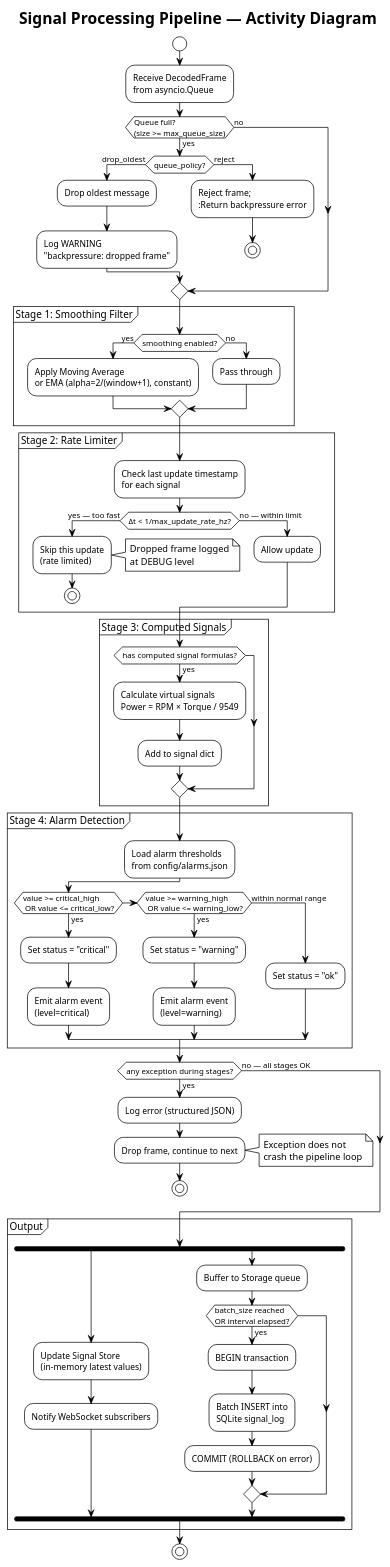
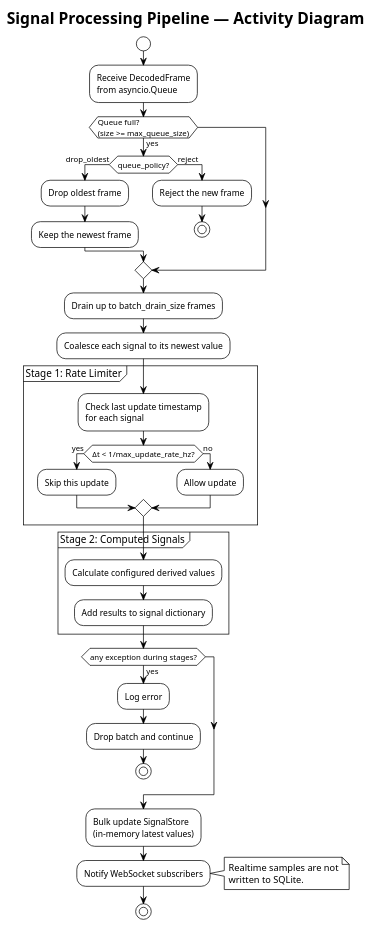
Before and after one commit to 3tdn/car-hmi: the diagram in diagram/08_activity_pipeline.puml, drawn with PlantUML. The commit also changed 58 other files, not shown here.

```diff
--- a/diagram/08_activity_pipeline.puml
+++ b/diagram/08_activity_pipeline.puml
@@ -1,83 +1,52 @@
 @startuml Activity - Signal Processing Pipeline
 !theme plain
 title Signal Processing Pipeline — Activity Diagram
 
 start
 
 :Receive DecodedFrame\nfrom asyncio.Queue;
 
 if (Queue full?\n(size >= max_queue_size)) then (yes)
     if (queue_policy?) then (drop_oldest)
-        :Drop oldest message;
-        :Log WARNING\n"backpressure: dropped frame";
+        :Drop oldest frame;
+        :Keep the newest frame;
     else (reject)
-        :Reject frame;\n:Return backpressure error;
+        :Reject the new frame;
         stop
     endif
-else (no)
 endif
 
-partition "Stage 1: Smoothing Filter" {
-    if (smoothing enabled?) then (yes)
-        :Apply Moving Average\nor EMA (alpha=2/(window+1), constant);
+:Drain up to batch_drain_size frames;
+:Coalesce each signal to its newest value;
+
+partition "Stage 1: Rate Limiter" {
+    :Check last update timestamp\nfor each signal;
+    if (Δt < 1/max_update_rate_hz?) then (yes)
+        :Skip this update;
     else (no)
-        :Pass through;
-    endif
-}
-
-partition "Stage 2: Rate Limiter" {
-    :Check last update timestamp\nfor each signal;
-    if (Δt < 1/max_update_rate_hz?) then (yes — too fast)
-        :Skip this update\n(rate limited);
-        note right: Dropped frame logged\nat DEBUG level
-        stop
-    else (no — within limit)
         :Allow update;
     endif
 }
 
-partition "Stage 3: Computed Signals" {
-    if (has computed signal formulas?) then (yes)
-        :Calculate virtual signals\nPower = RPM × Torque / 9549;
-        :Add to signal dict;
-    endif
-}
-
-partition "Stage 4: Alarm Detection" {
-    :Load alarm thresholds\nfrom config/alarms.json;
-    if (value >= critical_high\n OR value <= critical_low?) then (yes)
-        :Set status = "critical";
-        :Emit alarm event\n(level=critical);
-    elseif (value >= warning_high\n OR value <= warning_low?) then (yes)
-        :Set status = "warning";
-        :Emit alarm event\n(level=warning);
-    else (within normal range)
-        :Set status = "ok";
-    endif
+partition "Stage 2: Computed Signals" {
+    :Calculate configured derived values;
+    :Add results to signal dictionary;
 }
 
 if (any exception during stages?) then (yes)
-    :Log error (structured JSON);
-    :Drop frame, continue to next;
-    note right: Exception does not\ncrash the pipeline loop
+    :Log error;
+    :Drop batch and continue;
     stop
-else (no — all stages OK)
 endif
 
-partition "Output" {
-    fork
-        :Update Signal Store\n(in-memory latest values);
-        :Notify WebSocket subscribers;
-    fork again
-        :Buffer to Storage queue;
-        if (batch_size reached\nOR interval elapsed?) then (yes)
-            :BEGIN transaction;
-            :Batch INSERT into\nSQLite signal_log;
-            :COMMIT (ROLLBACK on error);
-        endif
-    end fork
-}
+:Bulk update SignalStore\n(in-memory latest values);
+:Notify WebSocket subscribers;
+
+note right
+  Realtime samples are not
+  written to SQLite.
+end note
 
 stop
 
 @enduml
```
